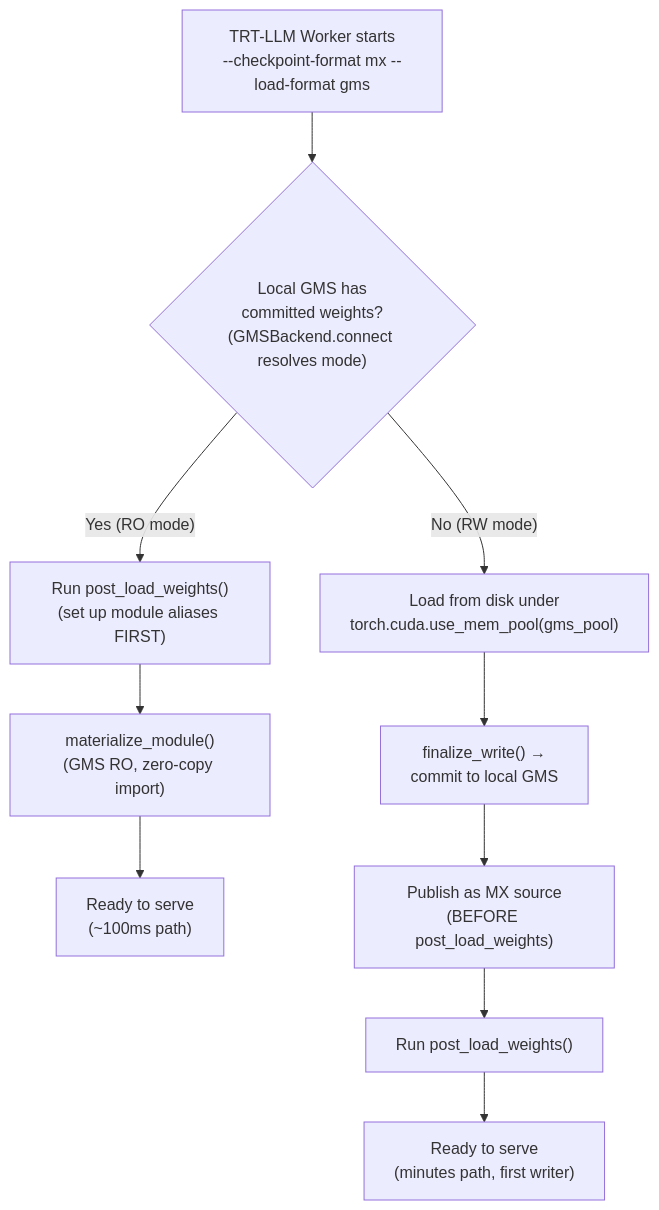
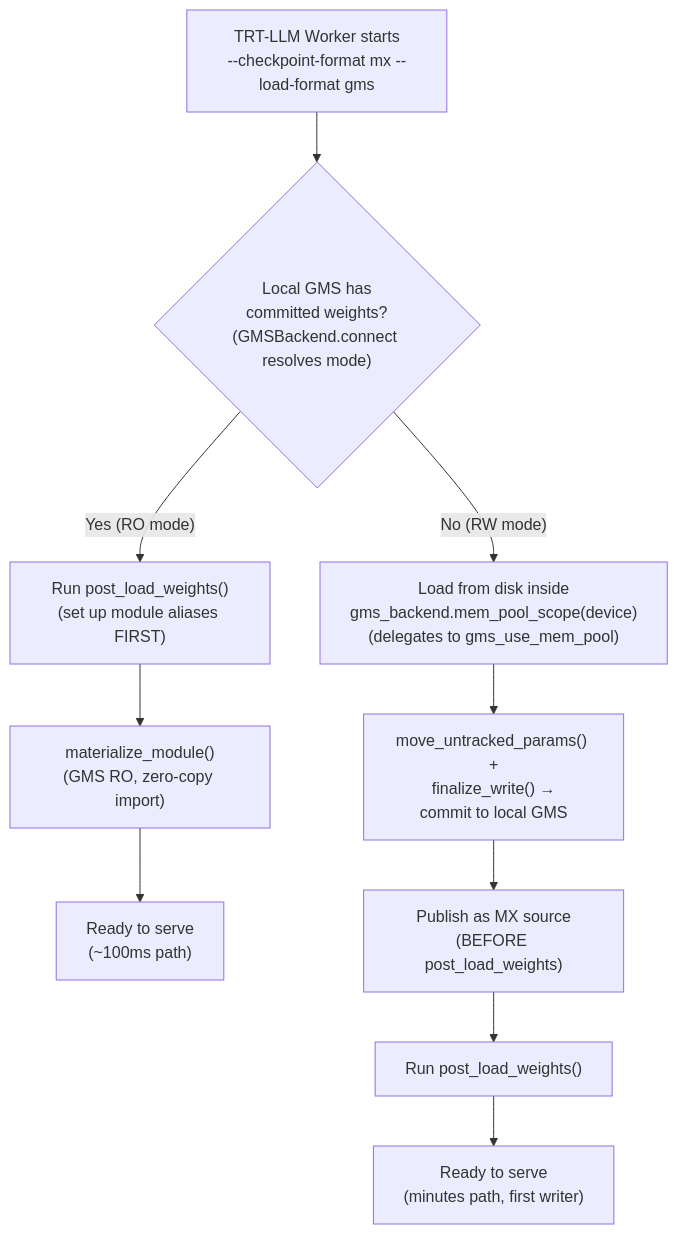
Before and after one commit to chienchunhung/TensorRT-LLM: the second of 5 diagrams in docs/design/mx-gms-integration/03-architecture.md, drawn with Mermaid. The commit also changed other lines of this file and 3 other files, not shown here.

````diff
--- a/docs/design/mx-gms-integration/03-architecture.md
+++ b/docs/design/mx-gms-integration/03-architecture.md
@@ -64,14 +64,14 @@
 ```mermaid
 flowchart TD
     Start["TRT-LLM Worker starts<br/>--checkpoint-format mx --load-format gms"] --> CheckGMS{"Local GMS has<br/>committed weights?<br/>(GMSBackend.connect resolves mode)"}
 
     CheckGMS -->|"Yes (RO mode)"| PostLoadRO["Run post_load_weights()<br/>(set up module aliases FIRST)"]
     PostLoadRO --> ImportGMS["materialize_module()<br/>(GMS RO, zero-copy import)"]
     ImportGMS --> Ready["Ready to serve<br/>(~100ms path)"]
 
-    CheckGMS -->|"No (RW mode)"| LoadUnderPool["Load from disk under<br/>torch.cuda.use_mem_pool(gms_pool)"]
-    LoadUnderPool --> CommitGMS["finalize_write() →<br/>commit to local GMS"]
+    CheckGMS -->|"No (RW mode)"| LoadUnderPool["Load from disk inside<br/>gms_backend.mem_pool_scope(device)<br/>(delegates to gms_use_mem_pool)"]
+    LoadUnderPool --> CommitGMS["move_untracked_params() +<br/>finalize_write() →<br/>commit to local GMS"]
     CommitGMS --> PublishMX["Publish as MX source<br/>(BEFORE post_load_weights)"]
     PublishMX --> PostLoad2["Run post_load_weights()"]
     PostLoad2 --> Ready2["Ready to serve<br/>(minutes path, first writer)"]
 ```
````
